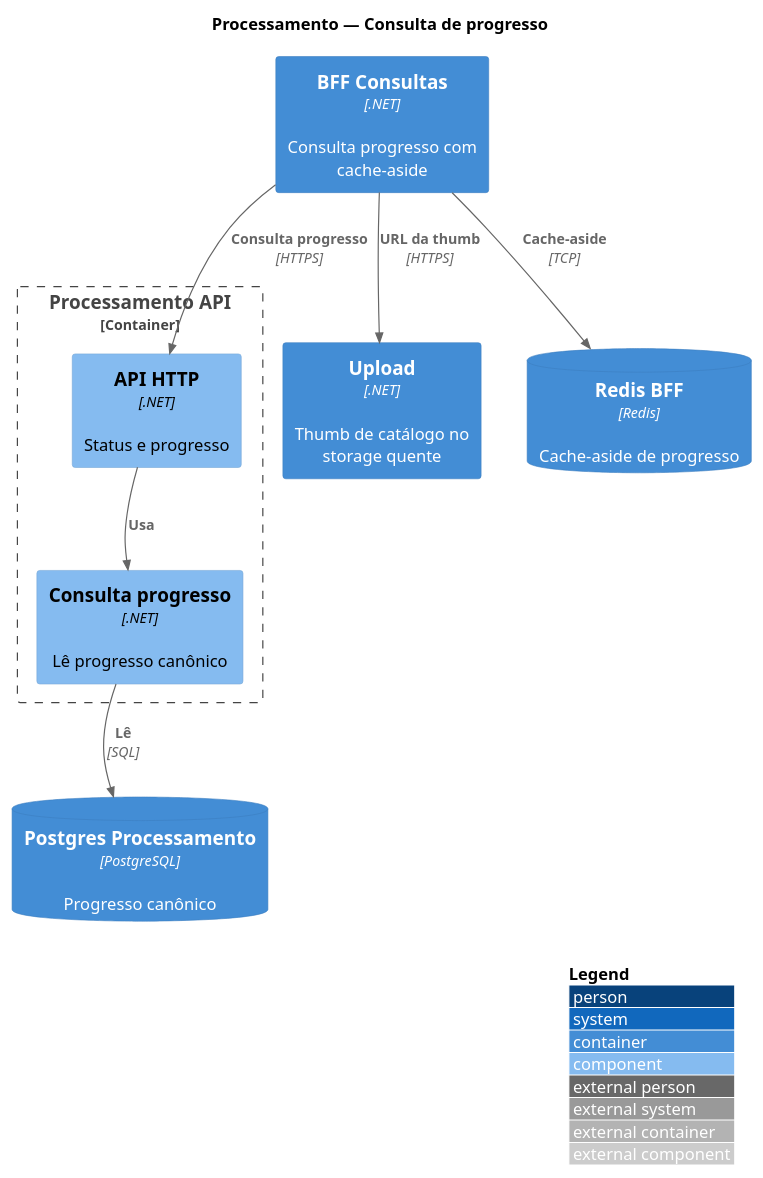
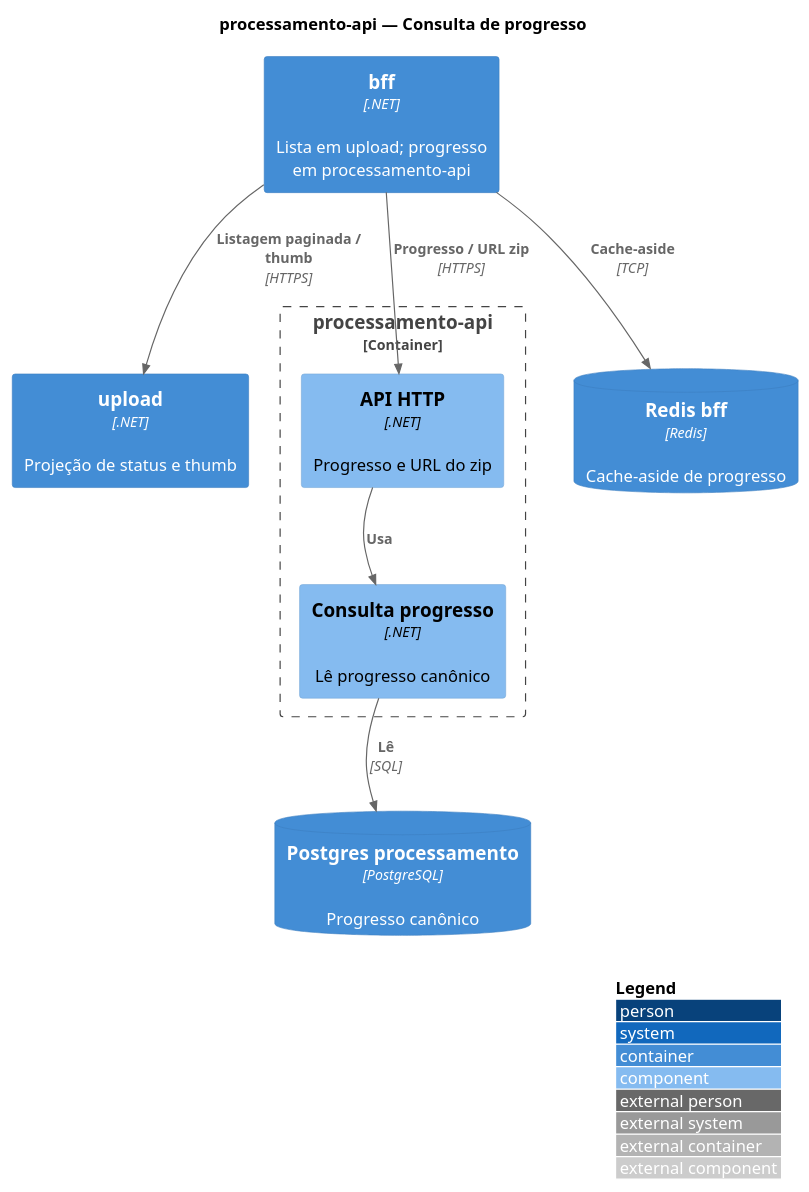
One commit to fiap-x-vcosta/docs changed the diagram in arquitetura/07_componentes-processamento-consulta.puml. Above: the diagram before and after it, drawn with PlantUML. The commit also changed 38 other files, not shown here.

```diff
--- a/arquitetura/07_componentes-processamento-consulta.puml
+++ b/arquitetura/07_componentes-processamento-consulta.puml
@@ -1,31 +1,31 @@
 @startuml 07_componentes-processamento-consulta
 !include https://raw.githubusercontent.com/plantuml-stdlib/C4-PlantUML/master/C4_Component.puml
 
 LAYOUT_WITH_LEGEND()
 LAYOUT_TOP_DOWN()
 
-title Processamento — Consulta de progresso
+title processamento-api — Consulta de progresso
 
-Container(bff, "BFF Consultas", ".NET", "Consulta progresso com cache-aside")
-Container(upload, "Upload", ".NET", "Thumb de catálogo no storage quente")
-ContainerDb(redis, "Redis BFF", "Redis", "Cache-aside de progresso")
-ContainerDb(pgProc, "Postgres Processamento", "PostgreSQL", "Progresso canônico")
+Container(bff, "bff", ".NET", "Lista em upload; progresso em processamento-api")
+Container(upload, "upload", ".NET", "Projeção de status e thumb")
+ContainerDb(redis, "Redis bff", "Redis", "Cache-aside de progresso")
+ContainerDb(pgProc, "Postgres processamento", "PostgreSQL", "Progresso canônico")
 
-Container_Boundary(procApi, "Processamento API") {
-  Component(apiHttp, "API HTTP", ".NET", "Status e progresso")
+Container_Boundary(procApi, "processamento-api") {
+  Component(apiHttp, "API HTTP", ".NET", "Progresso e URL do zip")
   Component(consulta, "Consulta progresso", ".NET", "Lê progresso canônico")
 }
 
+Rel(bff, upload, "Listagem paginada / thumb", "HTTPS")
 Rel(bff, redis, "Cache-aside", "TCP")
-Rel(bff, apiHttp, "Consulta progresso", "HTTPS")
+Rel(bff, apiHttp, "Progresso / URL zip", "HTTPS")
 Rel(apiHttp, consulta, "Usa")
 Rel(consulta, pgProc, "Lê", "SQL")
-Rel(bff, upload, "URL da thumb", "HTTPS")
 
 Lay_D(bff, redis)
+Lay_R(bff, upload)
 Lay_R(bff, apiHttp)
 Lay_D(apiHttp, consulta)
 Lay_D(consulta, pgProc)
-Lay_R(apiHttp, upload)
 
 @enduml
```
